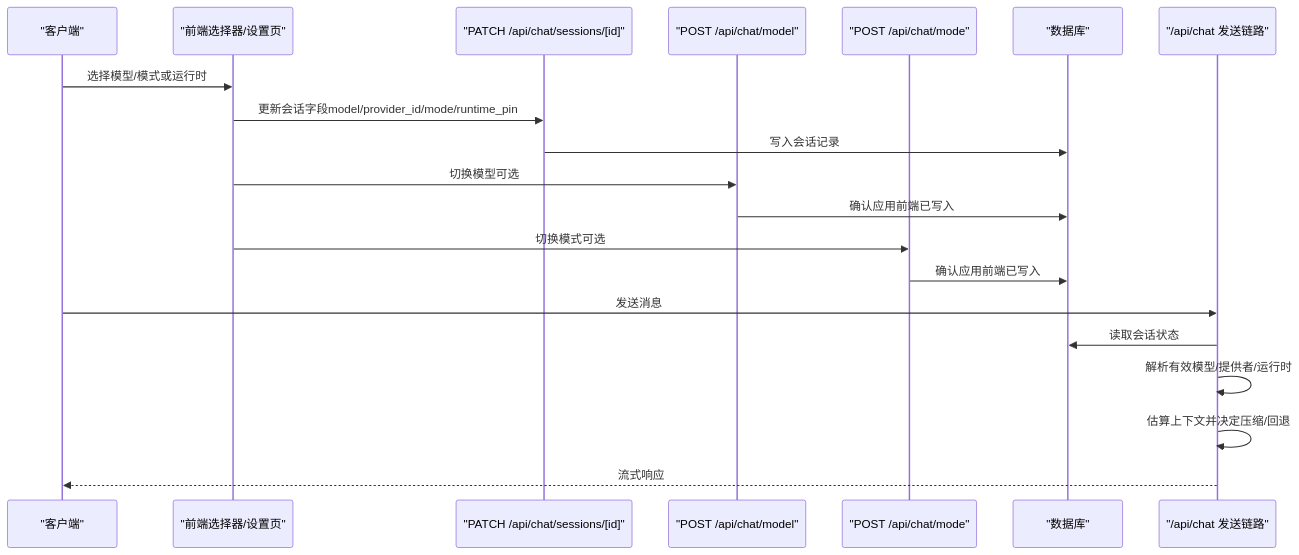
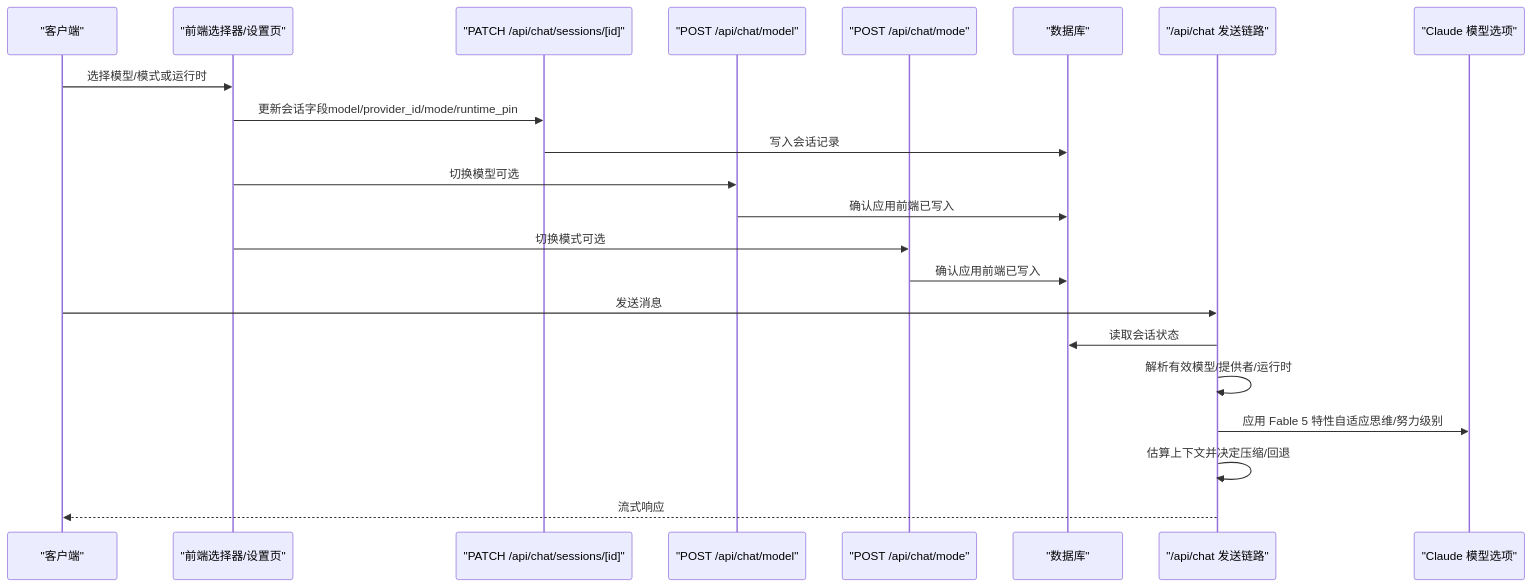
The second of 6 diagrams in .qoder/repowiki/zh/content/API 参考/聊天 API/模型与模式控制.md (haolange/CodePilot), drawn with Mermaid before and after one commit. The commit also changed other lines of this file and 8 other files, not shown here.

````diff
--- a/.qoder/repowiki/zh/content/API 参考/聊天 API/模型与模式控制.md
+++ b/.qoder/repowiki/zh/content/API 参考/聊天 API/模型与模式控制.md
@@ -121,22 +140,24 @@
 ```mermaid
 sequenceDiagram
 participant Client as "客户端"
 participant FE as "前端选择器/设置页"
 participant API_Session as "PATCH /api/chat/sessions/[id]"
 participant API_Model as "POST /api/chat/model"
 participant API_Mode as "POST /api/chat/mode"
 participant DB as "数据库"
 participant Chat as "/api/chat 发送链路"
+participant ClaudeOpts as "Claude 模型选项"
 Client->>FE : 选择模型/模式或运行时
 FE->>API_Session : 更新会话字段model/provider_id/mode/runtime_pin
 API_Session->>DB : 写入会话记录
 FE->>API_Model : 切换模型可选
 API_Model->>DB : 确认应用前端已写入
 FE->>API_Mode : 切换模式可选
 API_Mode->>DB : 确认应用前端已写入
 Client->>Chat : 发送消息
 Chat->>DB : 读取会话状态
 Chat->>Chat : 解析有效模型/提供者/运行时
+Chat->>ClaudeOpts : 应用 Fable 5 特性自适应思维/努力级别
 Chat->>Chat : 估算上下文并决定压缩/回退
 Chat-->>Client : 流式响应
 ```
````
